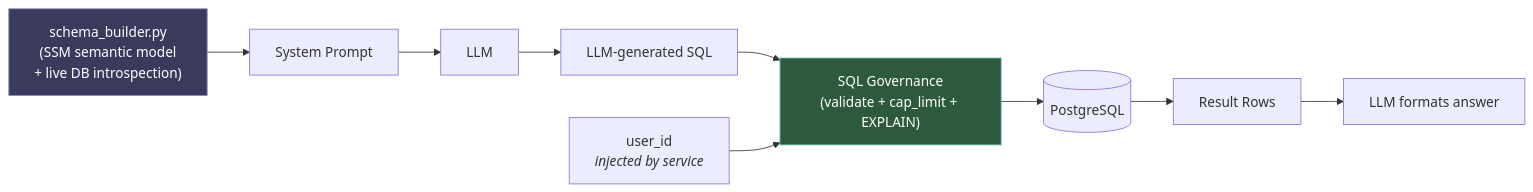
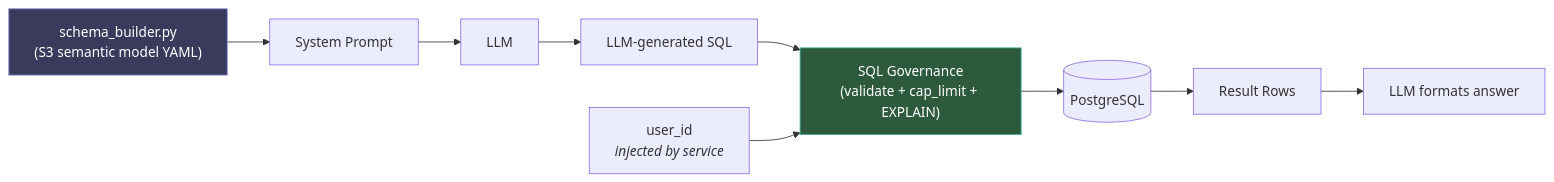
One commit to maxibove13/finance-query-agent changed the fifth of 7 diagrams in README.md. Above: the diagram before and after it, drawn with Mermaid. The commit also changed other lines of this file and 26 other files, not shown here.

````diff
--- a/README.md
+++ b/README.md
@@ -147,16 +147,16 @@
 ```mermaid
 graph LR
-    SY["schema_builder.py<br/>(SSM semantic model<br/>+ live DB introspection)"] --> SP[System Prompt]
+    SY["schema_builder.py<br/>(S3 semantic model YAML)"] --> SP[System Prompt]
     SP --> LLM[LLM]
     LLM --> SQL["LLM-generated SQL"]
 
     SQL --> GOV["SQL Governance<br/>(validate + cap_limit + EXPLAIN)"]
     UID["user_id<br/><i>injected by service</i>"] --> GOV
 
     GOV --> PG[(PostgreSQL)]
     PG --> ROWS[Result Rows]
     ROWS --> LLM2[LLM formats answer]
 
     style SY fill:#3a3a5c,stroke:#88c,color:#fff
     style GOV fill:#2d5a3d,stroke:#4a9,color:#fff
 ```
````
